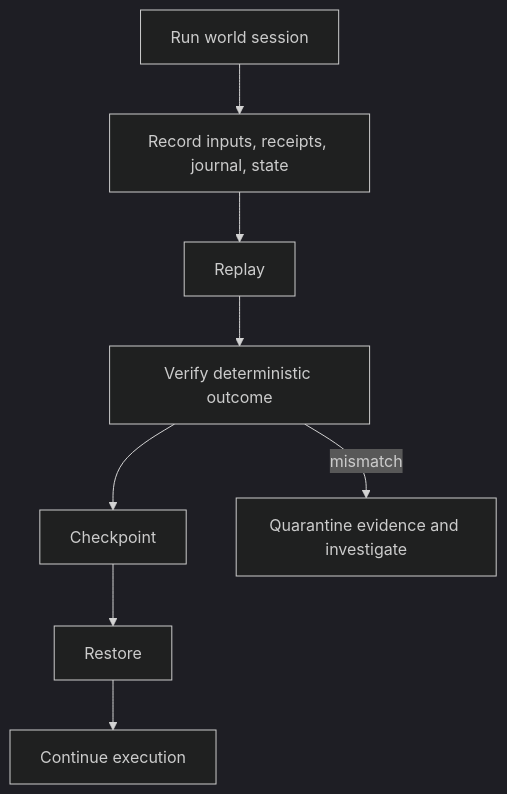
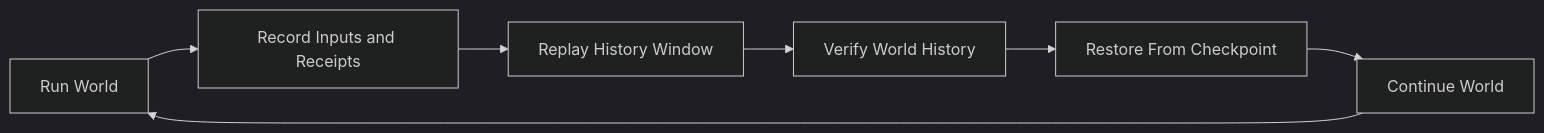
Before and after one commit to lj26ft/everarcade-compiler: the diagram in docs/architecture/diagrams/runtime-flow.md, drawn with Mermaid (dark theme). The commit also changed other lines of this file and 34 other files, not shown here.

````diff
--- a/docs/architecture/diagrams/runtime-flow.md
+++ b/docs/architecture/diagrams/runtime-flow.md
@@ -3,10 +3,9 @@
 ```mermaid
-flowchart TD
-  Run[Run world session] --> Record[Record inputs, receipts, journal, state]
-  Record --> Replay[Replay]
-  Replay --> Verify[Verify deterministic outcome]
-  Verify --> Checkpoint[Checkpoint]
-  Checkpoint --> Restore[Restore]
-  Restore --> Continue[Continue execution]
-  Verify -- mismatch --> Quarantine[Quarantine evidence and investigate]
+flowchart LR
+  Run[Run World] --> Record[Record Inputs and Receipts]
+  Record --> Replay[Replay History Window]
+  Replay --> Verify[Verify World History]
+  Verify --> Restore[Restore From Checkpoint]
+  Restore --> Continue[Continue World]
+  Continue --> Run
 ```
````
